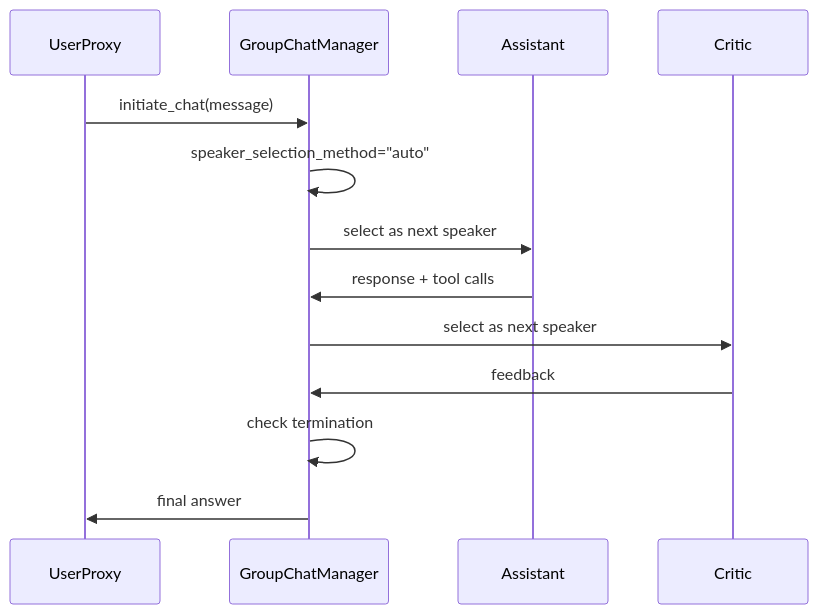
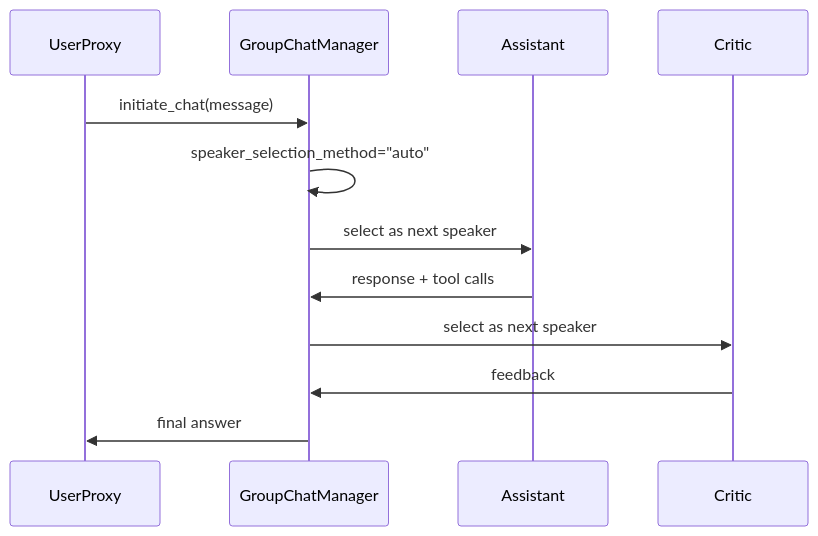
One commit to Timwood0x10/ARES changed the sixth of 7 diagrams in docs/en/framework-comparison.md. Above: the diagram before and after it, drawn with Mermaid. The commit also changed other lines of this file and 9 other files, not shown here.

````diff
--- a/docs/en/framework-comparison.md
+++ b/docs/en/framework-comparison.md
@@ -302,16 +173,15 @@
 ```mermaid
 sequenceDiagram
     participant User as UserProxy
     participant GSM as GroupChatManager
     participant Assistant
     participant Critic
 
     User->>GSM: initiate_chat(message)
     GSM->>GSM: speaker_selection_method="auto"
     GSM->>Assistant: select as next speaker
     Assistant->>GSM: response + tool calls
     GSM->>Critic: select as next speaker
     Critic->>GSM: feedback
-    GSM->>GSM: check termination
     GSM->>User: final answer
 ```
````
